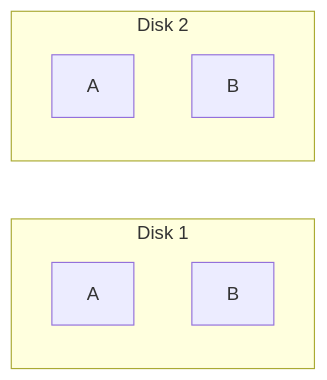
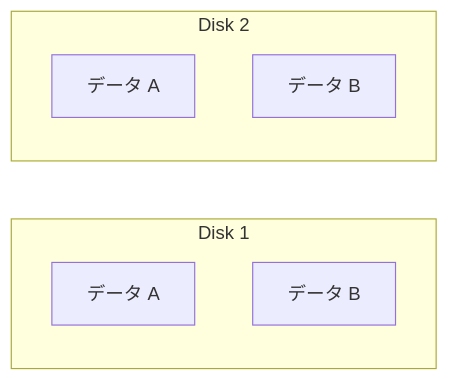
Before and after one commit to Bassiy/share_knowledge: the second of 5 diagrams in concepts/raid.md, drawn with Mermaid. The commit also changed other lines of this file, not shown here.

````diff
--- a/concepts/raid.md
+++ b/concepts/raid.md
@@ -57,11 +57,11 @@
 ```mermaid
 flowchart LR
   subgraph D1["Disk 1"]
-    a1["A"]
-    b1["B"]
+    a1["データ A"]
+    b1["データ B"]
   end
   subgraph D2["Disk 2"]
-    a2["A"]
-    b2["B"]
+    a2["データ A"]
+    b2["データ B"]
   end
 ```
````
